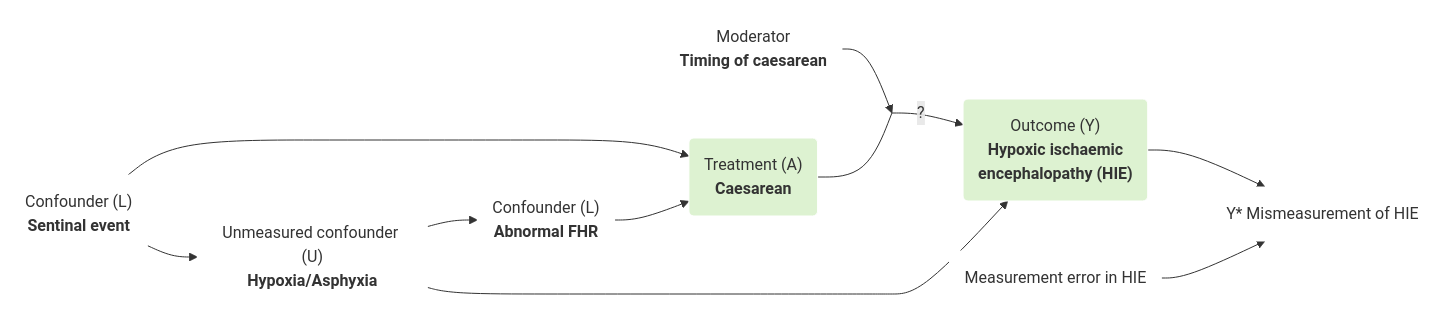
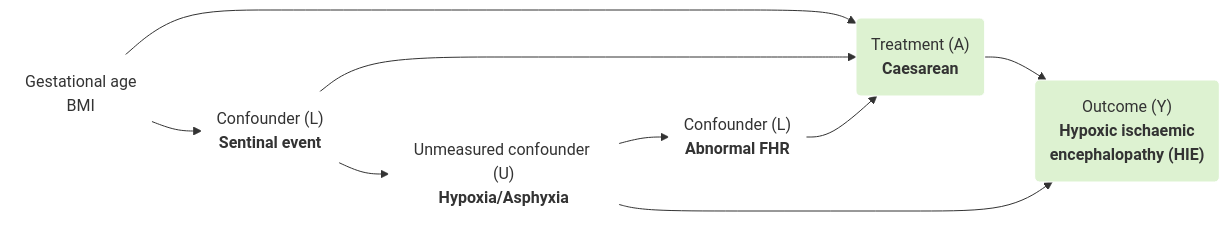
One commit to birth-outcomes/birth_outcomes_summary changed the third of 21 diagrams in book_birth_outcomes_summary/_build/html/_sources/design_dag_hie.md. Above: the diagram before and after it, drawn with Mermaid. The commit also changed other lines of this file and 20 other files, not shown here.

`````diff
--- a/book_birth_outcomes_summary/_build/html/_sources/design_dag_hie.md
+++ b/book_birth_outcomes_summary/_build/html/_sources/design_dag_hie.md
@@ -109,25 +69,19 @@
 ````{mermaid}
   flowchart LR;
 
     L_sen("Confounder (L)<br><b>Sentinal event</b>"):::white;
     L_fhr("Confounder (L)<br><b>Abnormal FHR</b>"):::white;
     U("Unmeasured confounder (U)<br><b>Hypoxia/Asphyxia</b>"):::white;
-    A("Treatment (A)<br><b>Caesarean</b>"):::important;
-    Y("Outcome (Y)<br><b>Hypoxic ischaemic<br>encephalopathy (HIE)</b>"):::important;
-    Empty[ ]:::empty;
-    Mod("Moderator<br><b>Timing of caesarean</b>"):::white;
-    Y*("Y* Mismeasurement of HIE"):::white;
-    Yerr("Measurement error in HIE"):::white;
-    
+    A("Treatment (A)<br><b>Caesarean</b>"):::green;
+    Y("Outcome (Y)<br><b>Hypoxic ischaemic<br>encephalopathy (HIE)</b>"):::green;
+    age("Gestational age<br>BMI"):::white;
+  
+    age --> L_sen; age --> A;
     L_sen --> U; L_sen --> A;
-    Mod --> Empty;
-    A --- Empty; Empty -->|?| Y;
+    A --> Y;
     U --> L_fhr; L_fhr --> A; U --> Y;
-    Y --> Y*;
-    Yerr --> Y*;
   
     classDef white fill:#FFFFFF, stroke:#FFFFFF;
     classDef black fill:#FFFFFF, stroke:#000000;
-    classDef empty width:0px,height:0px;
-    classDef important fill:#DDF2D1, stroke: #FFFFFF;
+    classDef green fill:#DDF2D1, stroke: #FFFFFF;
 ````
`````
